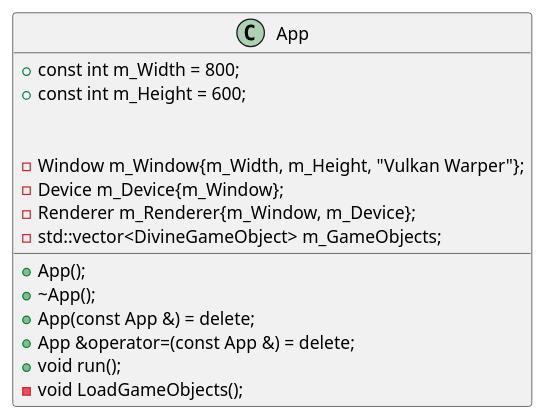
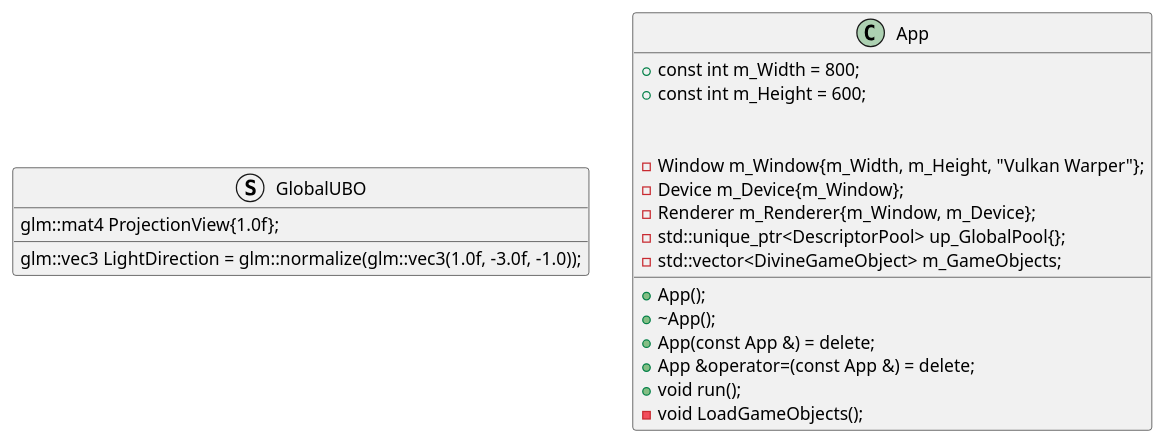
One commit to BravoMando/BasicVulkanWarperUML changed the diagram in src/app.pu. Above: the diagram before and after it, drawn with PlantUML. The commit also changed 28 other files, not shown here.

```diff
--- a/src/app.pu
+++ b/src/app.pu
@@ -1,20 +1,28 @@
 @startuml
+
+struct GlobalUBO
+{
+    glm::mat4 ProjectionView{1.0f};
+    glm::vec3 LightDirection = glm::normalize(glm::vec3(1.0f, -3.0f, -1.0));
+}
+
 class App
 {
     + App();
     + \~App();
     + App(const App &) = delete;
     + App &operator=(const App &) = delete;
     + void run();
 
     + const int m_Width = 800;
     + const int m_Height = 600;
 
     - void LoadGameObjects();
 
     - Window m_Window{m_Width, m_Height, "Vulkan Warper"};
     - Device m_Device{m_Window};
     - Renderer m_Renderer{m_Window, m_Device};
+    - std::unique_ptr<DescriptorPool> up_GlobalPool{};
     - std::vector<DivineGameObject> m_GameObjects;
 }
 @enduml
```
